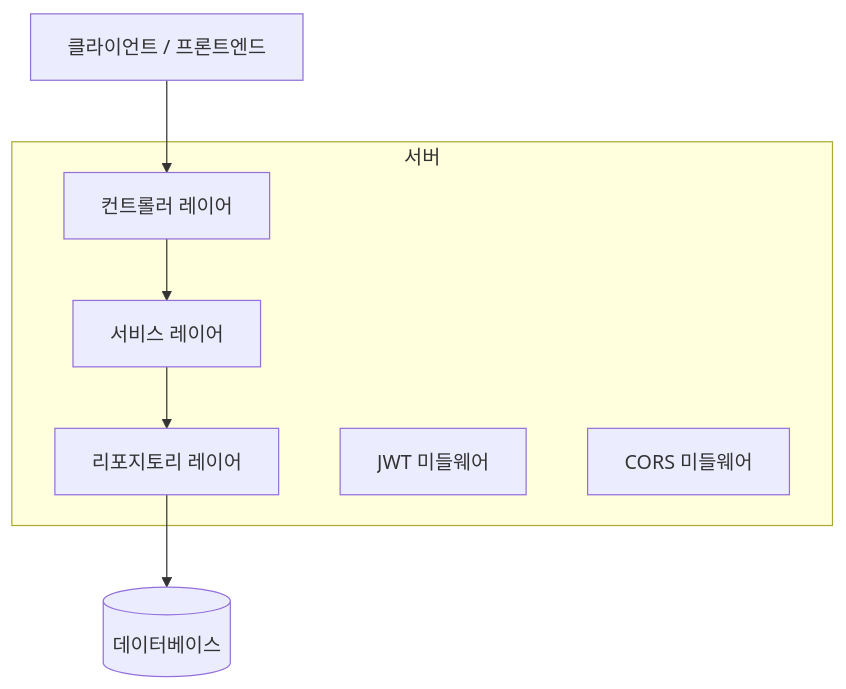
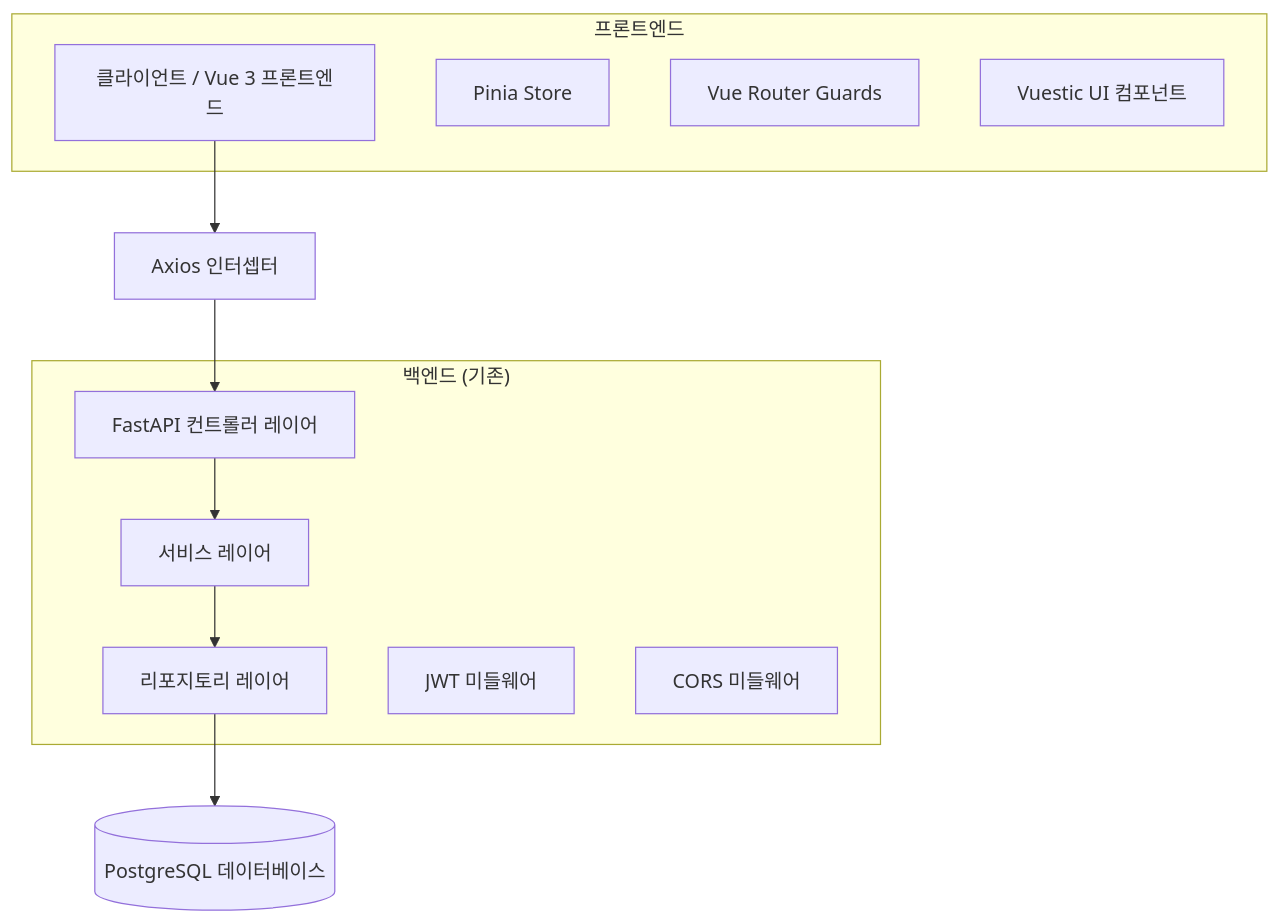
Before and after one commit to moon4656/skyboot.core: the second of 3 diagrams in .trae/documents/admin_site_technical_architecture.md, drawn with Mermaid. The commit also changed other lines of this file and 77 other files, not shown here.

````diff
--- a/.trae/documents/admin_site_technical_architecture.md
+++ b/.trae/documents/admin_site_technical_architecture.md
@@ -137,15 +155,23 @@
 ```mermaid
 graph TD
-    A[클라이언트 / 프론트엔드] --> B[컨트롤러 레이어]
-    B --> C[서비스 레이어]
-    C --> D[리포지토리 레이어]
-    D --> E[(데이터베이스)]
+    A[클라이언트 / Vue 3 프론트엔드] --> B[Axios 인터셉터]
+    B --> C[FastAPI 컨트롤러 레이어]
+    C --> D[서비스 레이어]
+    D --> E[리포지토리 레이어]
+    E --> F[(PostgreSQL 데이터베이스)]
     
-    subgraph 서버
-        B
+    subgraph "프론트엔드"
+        A
+        G[Pinia Store]
+        H[Vue Router Guards]
+        I[Vuestic UI 컴포넌트]
+    end
+    
+    subgraph "백엔드 (기존)"
         C
         D
-        F[JWT 미들웨어]
-        G[CORS 미들웨어]
+        E
+        J[JWT 미들웨어]
+        K[CORS 미들웨어]
     end
 ```
````
